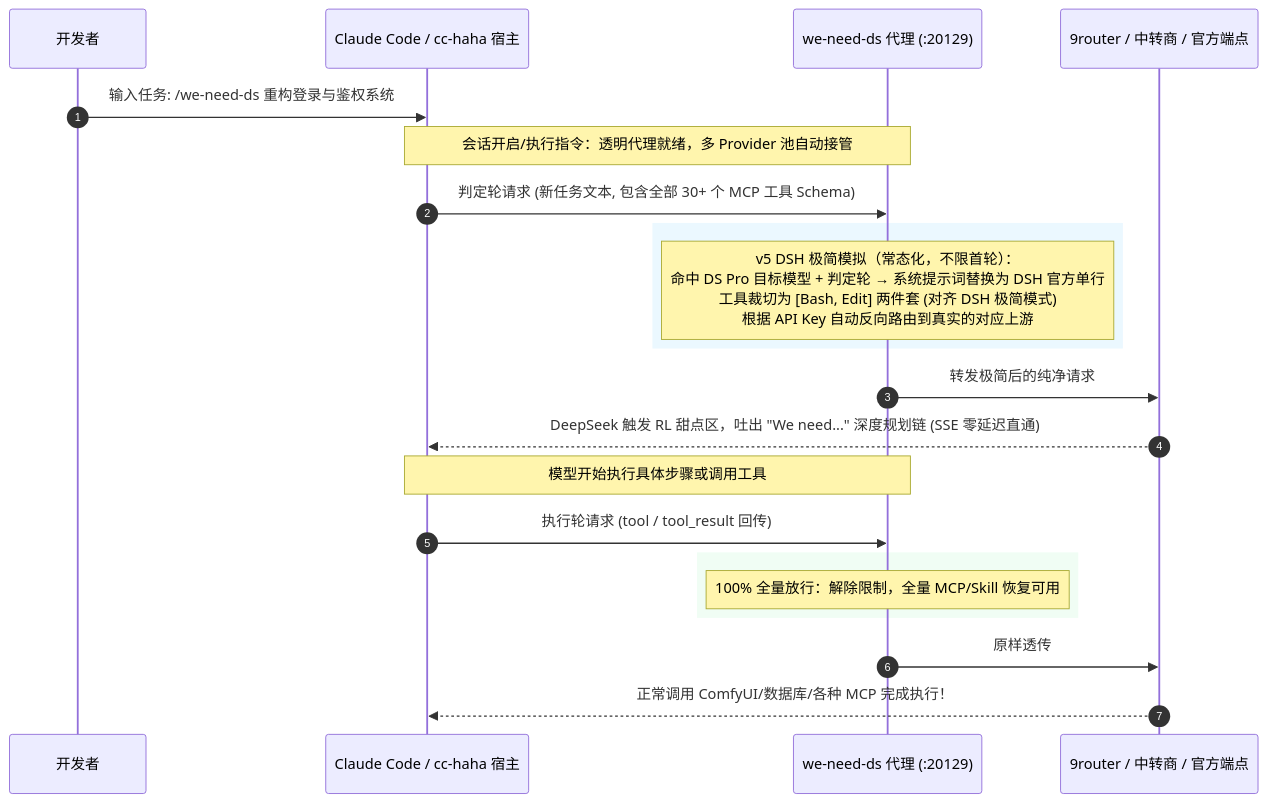
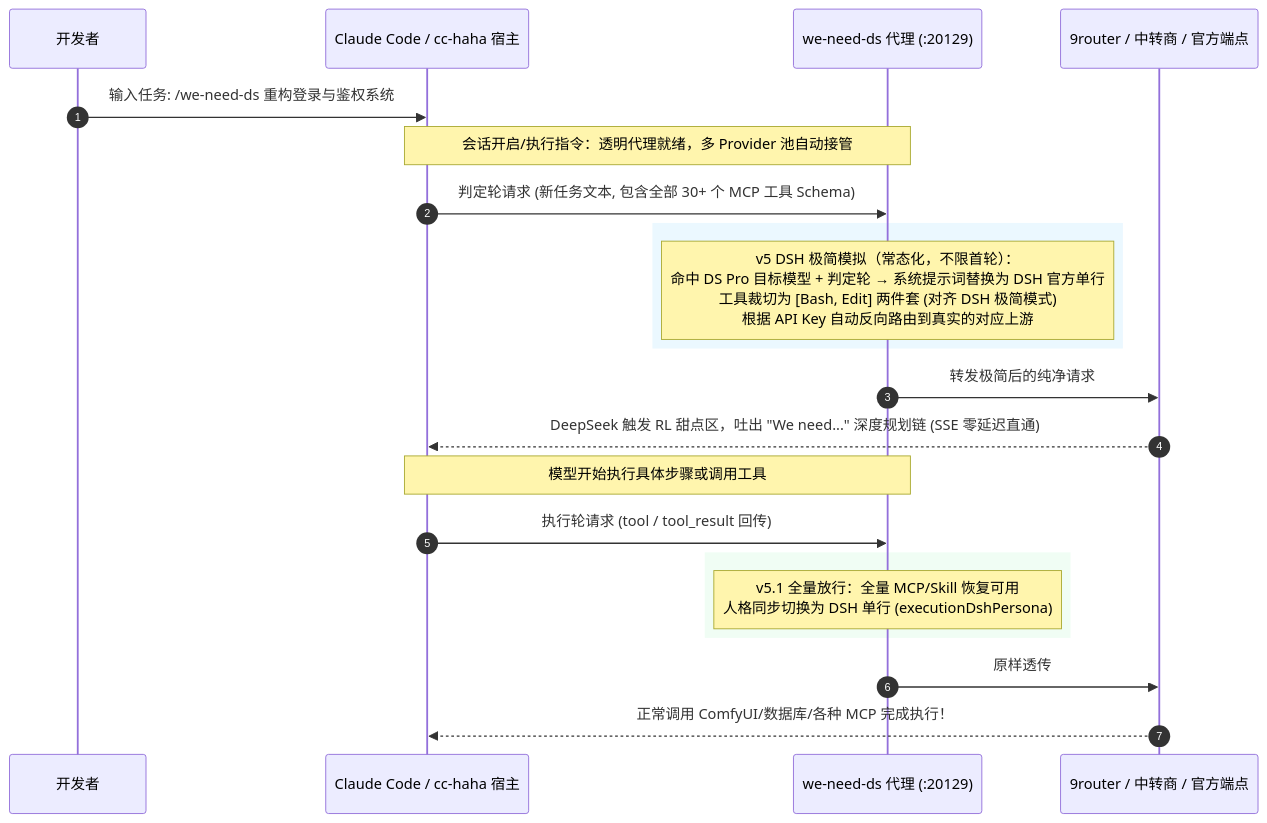
Before and after one commit to YixuAnsensei/we-need-ds: the diagram in README.md, drawn with Mermaid. The commit also changed other lines of this file and 6 other files, not shown here.

First line of the commit message:
feat: v5.1 execution turns also adopt DSH persona with full tools

````diff
--- a/README.md
+++ b/README.md
@@ -37,29 +37,29 @@
 ```mermaid
 sequenceDiagram
     autonumber
     participant User as 开发者
     participant CC as Claude Code / cc-haha 宿主
     participant Proxy as we-need-ds 代理 (:20129)
     participant Router as 9router / 中转商 / 官方端点
 
     User->>CC: 输入任务: /we-need-ds 重构登录与鉴权系统
     Note over CC,Proxy: 会话开启/执行指令：透明代理就绪，多 Provider 池自动接管
     CC->>Proxy: 判定轮请求 (新任务文本, 包含全部 30+ 个 MCP 工具 Schema)
     
     rect rgb(235, 248, 255)
     Note over Proxy: v5 DSH 极简模拟（常态化，不限首轮）：<br/>命中 DS Pro 目标模型 + 判定轮 → 系统提示词替换为 DSH 官方单行<br/>工具裁切为 [Bash, Edit] 两件套 (对齐 DSH 极简模式)<br/>根据 API Key 自动反向路由到真实的对应上游
     end
     
     Proxy->>Router: 转发极简后的纯净请求
     Router-->>CC: DeepSeek 触发 RL 甜点区，吐出 "We need..." 深度规划链 (SSE 零延迟直通)
     
     Note over CC,Proxy: 模型开始执行具体步骤或调用工具
     CC->>Proxy: 执行轮请求 (tool / tool_result 回传)
     
     rect rgb(240, 253, 244)
-    Note over Proxy: 100% 全量放行：解除限制，全量 MCP/Skill 恢复可用
+    Note over Proxy: v5.1 全量放行：全量 MCP/Skill 恢复可用<br/>人格同步切换为 DSH 单行 (executionDshPersona)
     end
     
     Proxy->>Router: 原样透传
     Router-->>CC: 正常调用 ComfyUI/数据库/各种 MCP 完成执行！
 ```
````
